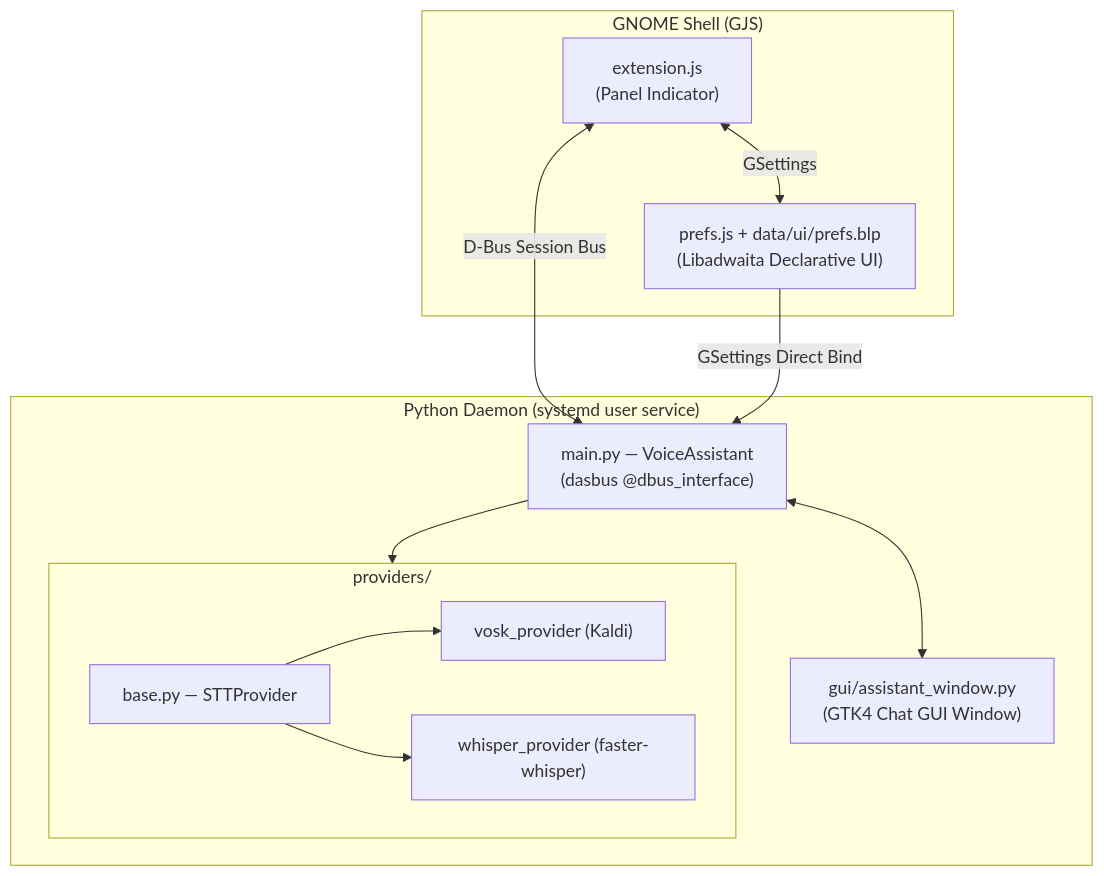
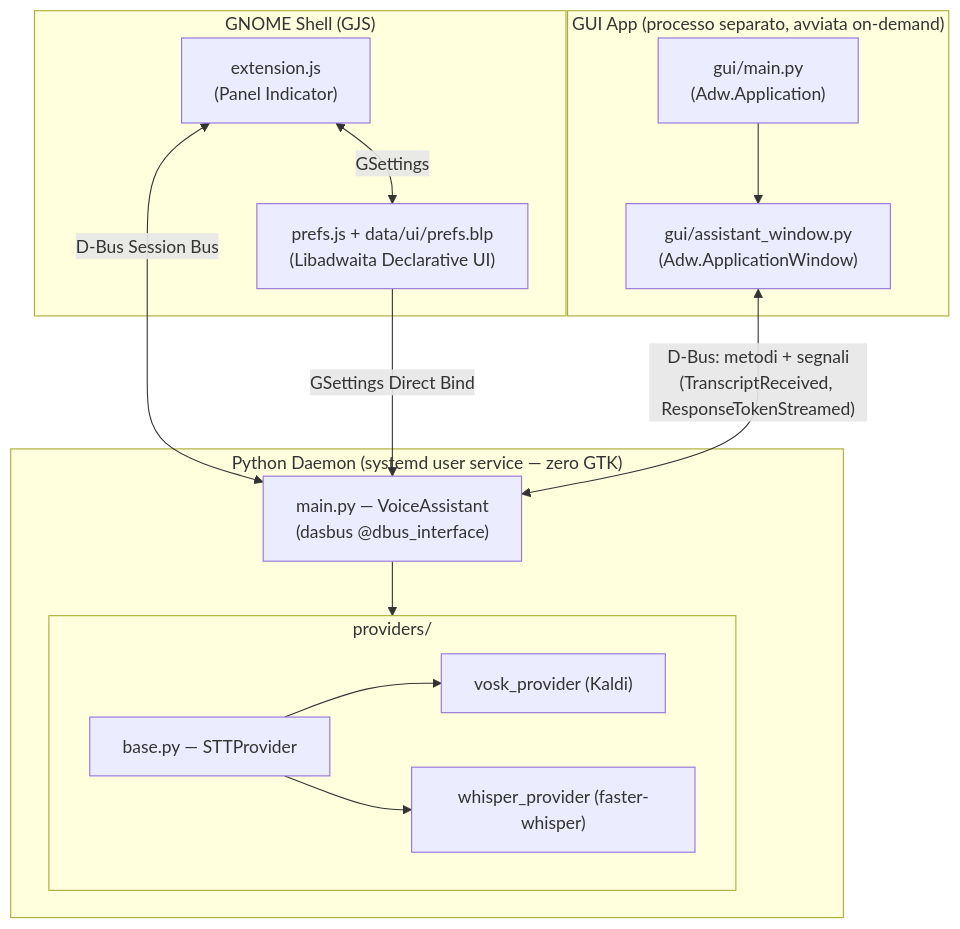
One commit to Scroker/voice-assistant changed the first of 4 diagrams in docs/architecture.md. Above: the diagram before and after it, drawn with Mermaid. The commit also changed other lines of this file and 21 other files, not shown here.

````diff
--- a/docs/architecture.md
+++ b/docs/architecture.md
@@ -9,24 +9,30 @@
 ```mermaid
 graph TD
     subgraph GNOME_Shell ["GNOME Shell (GJS)"]
         ext["extension.js<br/>(Panel Indicator)"]
         prefs["prefs.js + data/ui/prefs.blp<br/>(Libadwaita Declarative UI)"]
         ext <-->|GSettings| prefs
     end
 
-    subgraph Python_Daemon ["Python Daemon (systemd user service)"]
+    subgraph Python_Daemon ["Python Daemon (systemd user service — zero GTK)"]
         main["main.py — VoiceAssistant<br/>(dasbus @dbus_interface)"]
         subgraph Providers ["providers/"]
             base["base.py — STTProvider"]
             vosk["vosk_provider (Kaldi)"]
             whisper["whisper_provider (faster-whisper)"]
             base --> vosk
             base --> whisper
         end
         main --> Providers
-        main <--> gui["gui/assistant_window.py<br/>(GTK4 Chat GUI Window)"]
+    end
+
+    subgraph GUI_App ["GUI App (processo separato, avviata on-demand)"]
+        gui["gui/main.py<br/>(Adw.Application)"]
+        win["gui/assistant_window.py<br/>(Adw.ApplicationWindow)"]
+        gui --> win
     end
 
     ext <-->|D-Bus Session Bus| main
     prefs -->|GSettings Direct Bind| main
+    win <-->|"D-Bus: metodi + segnali<br/>(TranscriptReceived, ResponseTokenStreamed)"| main
 ```
````
